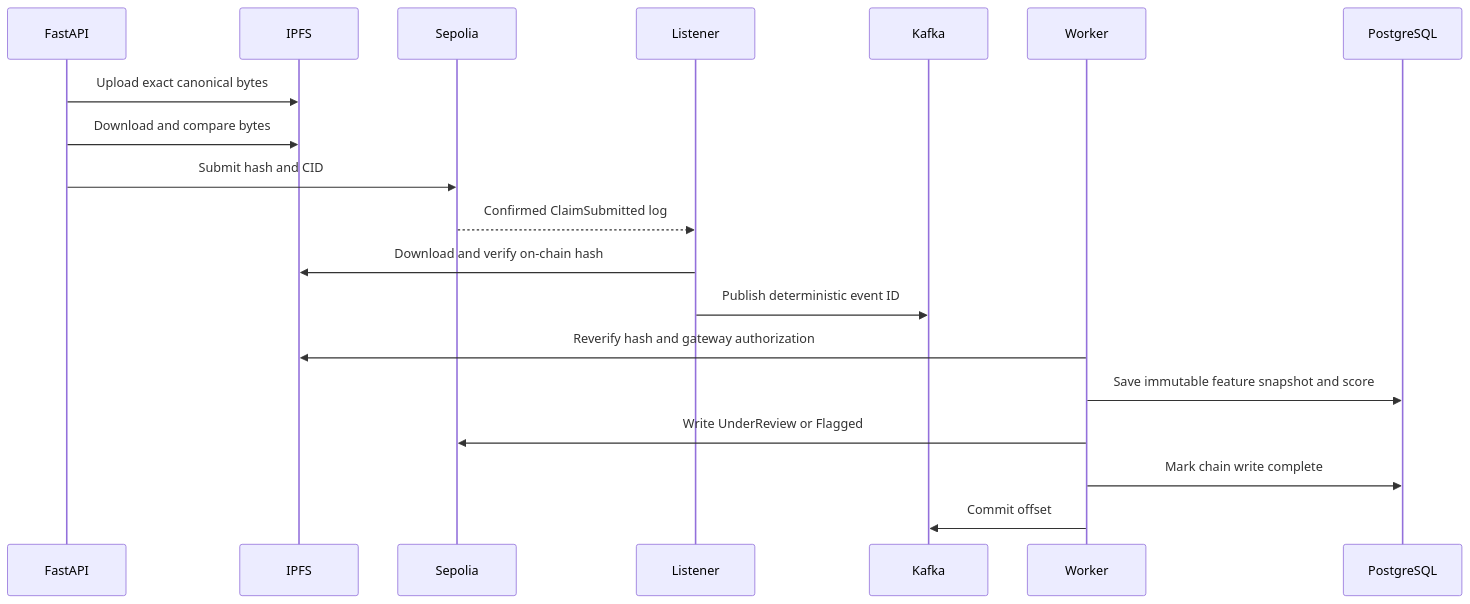
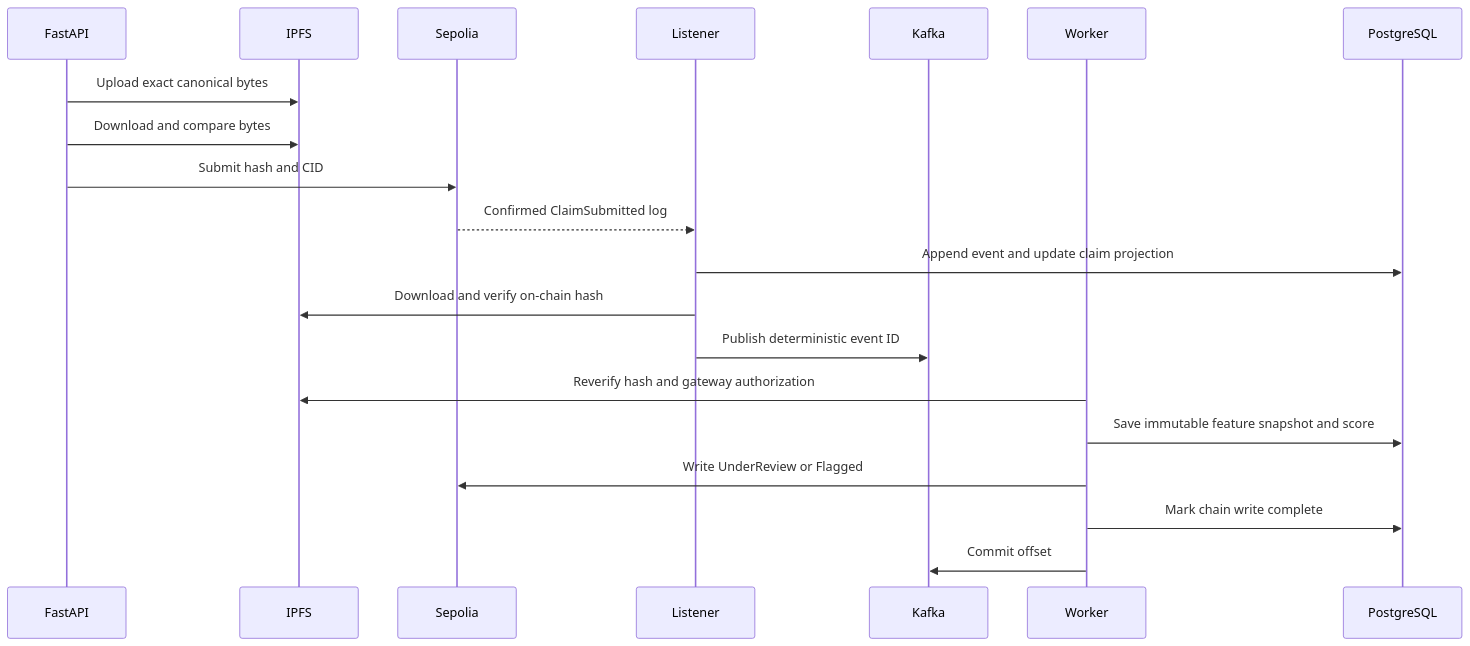
The second of 3 diagrams in README.md (ganesh1997oli/Decentralized-Claims-Registry), drawn with Mermaid before and after one commit. The commit also changed other lines of this file and 36 other files, not shown here.

````diff
--- a/README.md
+++ b/README.md
@@ -45,22 +46,23 @@
 ```mermaid
 sequenceDiagram
     participant A as FastAPI
     participant I as IPFS
     participant E as Sepolia
     participant L as Listener
     participant K as Kafka
     participant W as Worker
     participant P as PostgreSQL
 
     A->>I: Upload exact canonical bytes
     A->>I: Download and compare bytes
     A->>E: Submit hash and CID
     E-->>L: Confirmed ClaimSubmitted log
+    L->>P: Append event and update claim projection
     L->>I: Download and verify on-chain hash
     L->>K: Publish deterministic event ID
     W->>I: Reverify hash and gateway authorization
     W->>P: Save immutable feature snapshot and score
     W->>E: Write UnderReview or Flagged
     W->>P: Mark chain write complete
     W->>K: Commit offset
 ```
````
